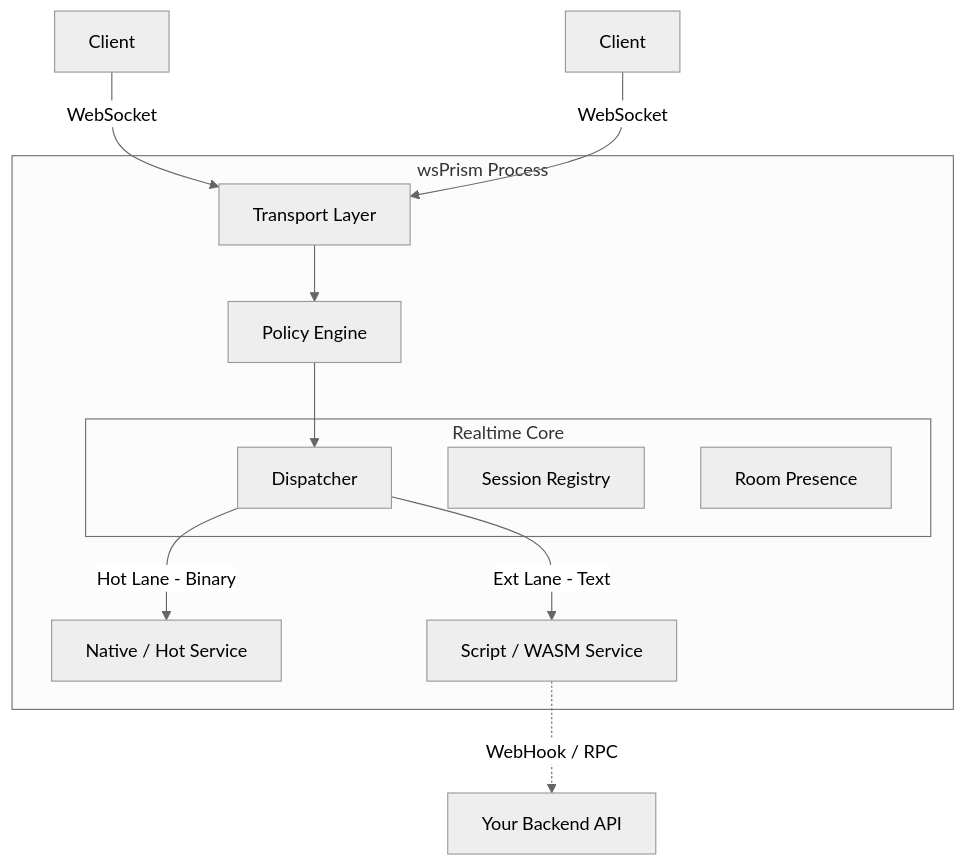
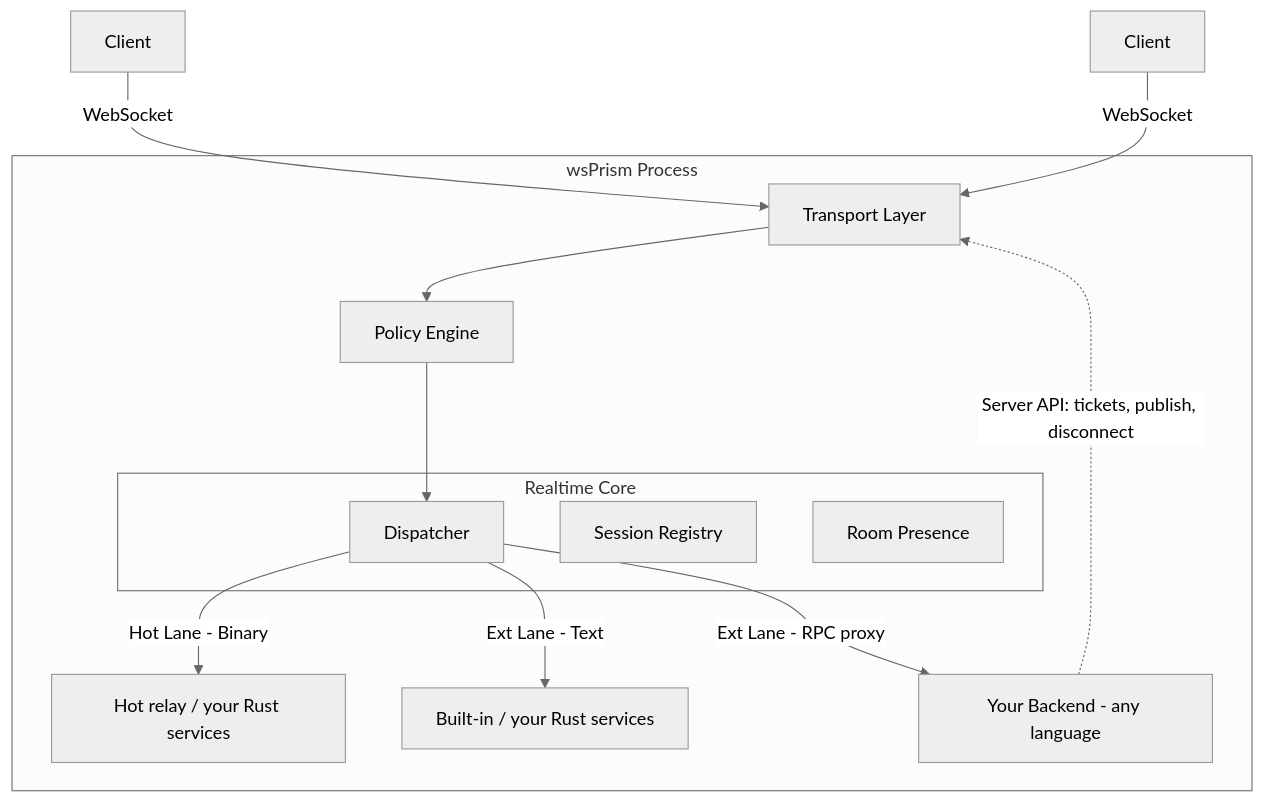
Before and after one commit to AsyncNomad/wsPrism: the diagram in docs/src/intro/introduction.md, drawn with Mermaid (neutral theme). The commit also changed other lines of this file and 9 other files, not shown here.

````diff
--- a/docs/src/intro/introduction.md
+++ b/docs/src/intro/introduction.md
@@ -34,23 +34,24 @@
 ```mermaid
 graph TD
     Client_A[Client] -->|WebSocket| Transport
     Client_B[Client] -->|WebSocket| Transport
 
     subgraph Process [wsPrism Process]
         Transport[Transport Layer]
         Policy[Policy Engine]
         
         subgraph Core [Realtime Core]
             Router[Dispatcher]
             Registry[Session Registry]
             Presence[Room Presence]
         end
         
         Transport --> Policy --> Router
         
-        Router -->|Hot Lane - Binary| Service_Echo[Native / Hot Service]
-        Router -->|Ext Lane - Text| Service_Chat[Script / WASM Service]
+        Router -->|Hot Lane - Binary| Service_Hot[Hot relay / your Rust services]
+        Router -->|Ext Lane - Text| Service_Ext[Built-in / your Rust services]
+        Router -->|Ext Lane - RPC proxy| Backend[Your Backend - any language]
     end
-    
-    Service_Chat -.->|WebHook / RPC| Backend[Your Backend API]
+
+    Backend -.->|Server API: tickets, publish, disconnect| Transport
 ```
````
